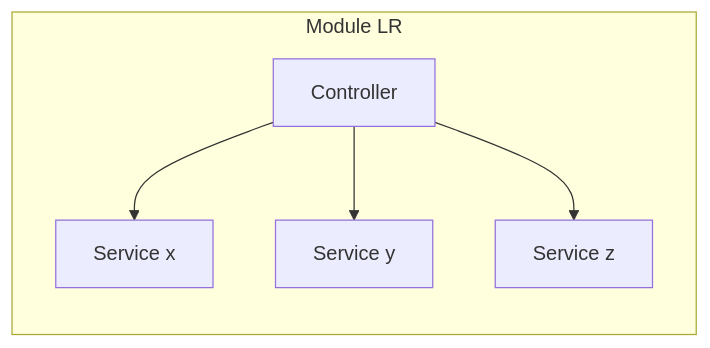
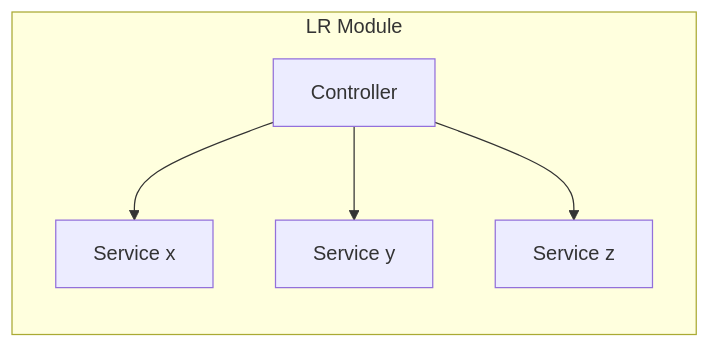
The first of 2 diagrams in nestjs/NestJs.MD (albin-joseph/myjslearnings), drawn with Mermaid before and after one commit.

````diff
--- a/nestjs/NestJs.MD
+++ b/nestjs/NestJs.MD
@@ -80,12 +80,12 @@
    ```mermaid
         flowchart LR;
-            subgraph Module LR
+            subgraph LR Module
             step1["Controller"]
             step2["Service x"]
             step1 --> step2
             step3["Service y"]
             step1 --> step3
             step4["Service z"]
             step1 --> step4
             end
     ```
````
